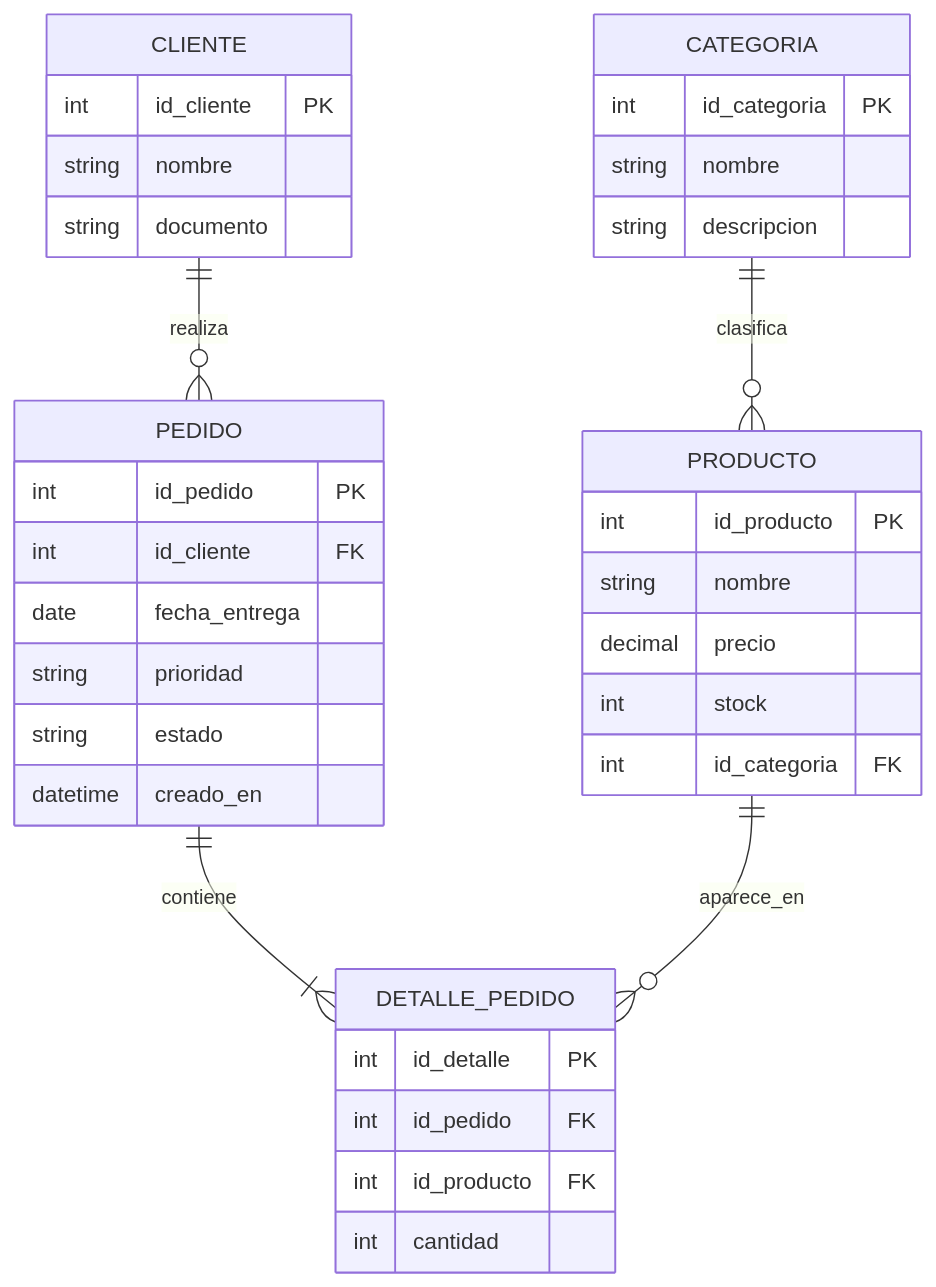
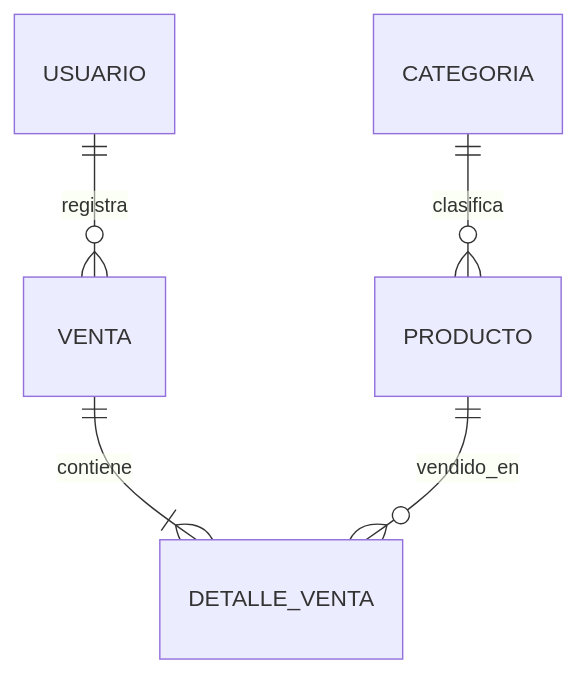
One commit to 262ciclo3/bomstart changed the diagram in docs/proyecto-integrador/u2/bd1-producto.md. Above: the diagram before and after it, drawn with Mermaid. The commit also changed other lines of this file and 23 other files, not shown here.

````diff
--- a/docs/proyecto-integrador/u2/bd1-producto.md
+++ b/docs/proyecto-integrador/u2/bd1-producto.md
@@ -19,43 +17,7 @@
 ```mermaid
 erDiagram
-    CLIENTE ||--o{ PEDIDO : realiza
-    PEDIDO ||--|{ DETALLE_PEDIDO : contiene
-    PRODUCTO ||--o{ DETALLE_PEDIDO : aparece_en
     CATEGORIA ||--o{ PRODUCTO : clasifica
-
-    CLIENTE {
-        int id_cliente PK
-        string nombre
-        string documento
-    }
-
-    PRODUCTO {
-        int id_producto PK
-        string nombre
-        decimal precio
-        int stock
-        int id_categoria FK
-    }
-
-    CATEGORIA {
-        int id_categoria PK
-        string nombre
-        string descripcion
-    }
-
-    PEDIDO {
-        int id_pedido PK
-        int id_cliente FK
-        date fecha_entrega
-        string prioridad
-        string estado
-        datetime creado_en
-    }
-
-    DETALLE_PEDIDO {
-        int id_detalle PK
-        int id_pedido FK
-        int id_producto FK
-        int cantidad
-    }
+    USUARIO ||--o{ VENTA : registra
+    VENTA ||--|{ DETALLE_VENTA : contiene
+    PRODUCTO ||--o{ DETALLE_VENTA : vendido_en
 ```
````
